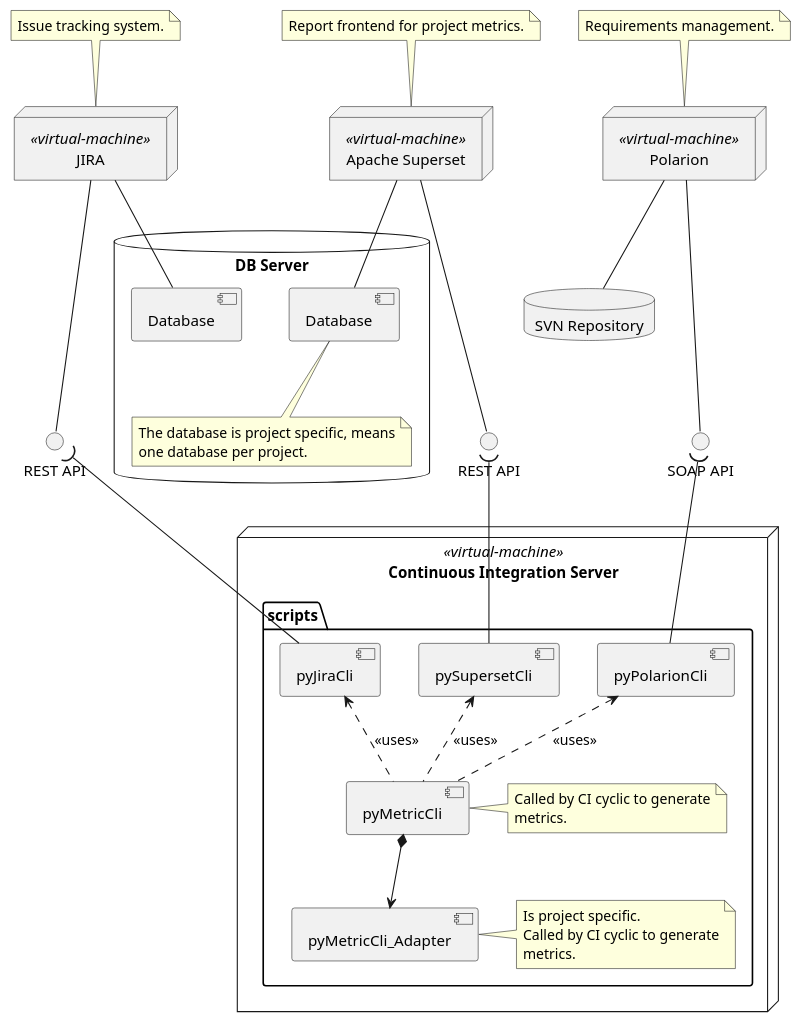
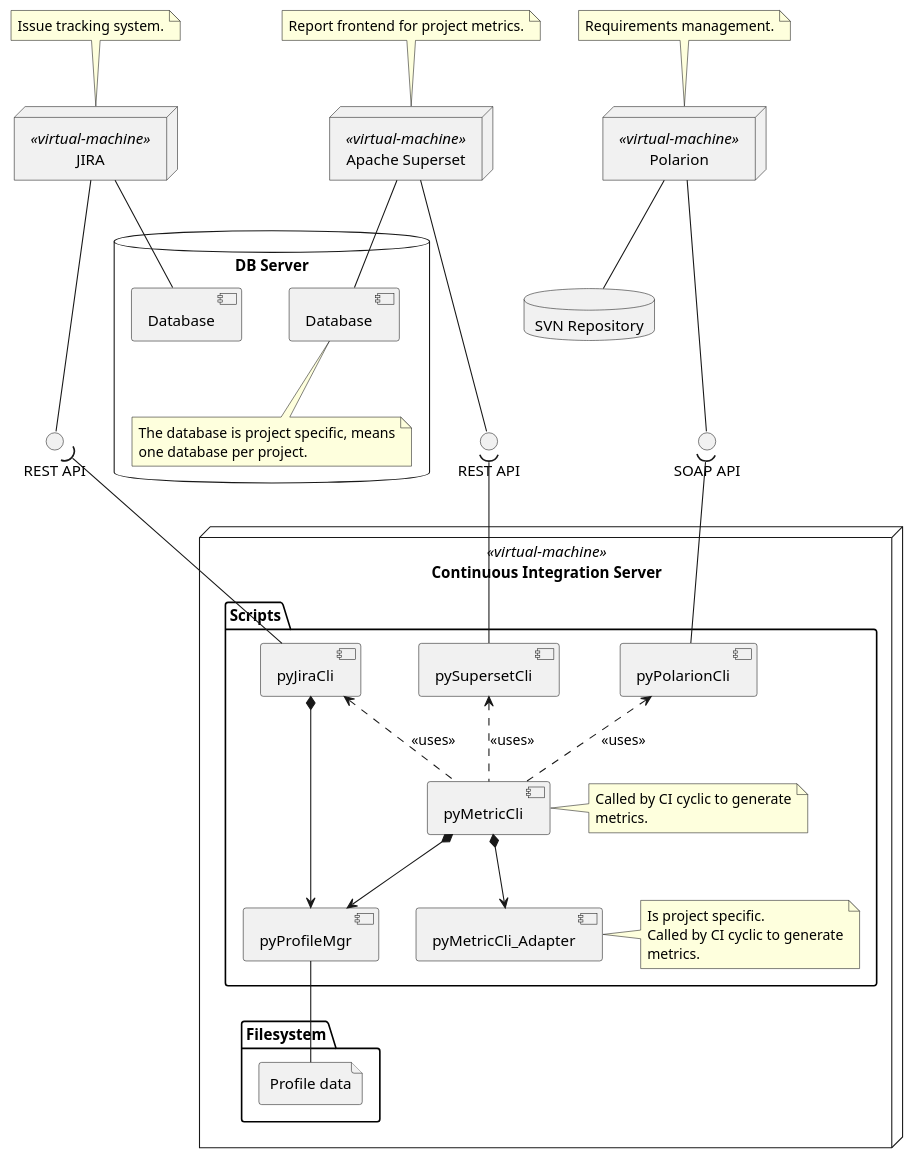
Before and after one commit to NewTec-GmbH/pyMetricCli: the diagram in doc/uml/deployment.puml, drawn with PlantUML.

Commit message:
Update diagram for pyProfileMgr

```diff
--- a/doc/uml/deployment.puml
+++ b/doc/uml/deployment.puml
@@ -1,78 +1,87 @@
 @startuml DeploymentDiagram
 
 node "Apache Superset"<<virtual-machine>> as superset
 
 database "DB Server" {
     component "Database" as supersetDb
 
     note bottom of supersetDb
         The database is project specific, means
         one database per project.
     end note
 
     component "Database" as jiraDb
 }
 
 node "Polarion"<<virtual-machine>> as polarion
 database "SVN Repository" as svnRepo
 
 node "JIRA"<<virtual-machine>> as jira
 
 interface "REST API" as supersetRestApi
 interface "REST API" as jiraRestApi
 interface "SOAP API" as polarionSoapApi
 
 superset --- supersetRestApi
 jira --- jiraRestApi
 jira -- jiraDb
 polarion --- polarionSoapApi
 polarion -- svnRepo
 
 superset -- supersetDb
 
 node "Continuous Integration Server"<<virtual-machine>> {
 
-    package "scripts" {
-        component "pyJiraCli" as pyJiraCli
-        component "pyPolarionCli" as pyPolarionCli
-        component "pySupersetCli" as pySupersetCli
-        component "pyMetricCli" as pyMetricCli
+    package "Scripts" {
+        component "pyJiraCli"
+        component "pyPolarionCli"
+        component "pySupersetCli"
+        component "pyMetricCli"
         component "pyMetricCli_Adapter" as adapter
+        component "pyProfileMgr"
 
         pyJiraCli <.. pyMetricCli: <<uses>>
+        pyJiraCli *--> pyProfileMgr
         pyPolarionCli <.. pyMetricCli: <<uses>>
         pySupersetCli <.. pyMetricCli: <<uses>>
         pyMetricCli *--> adapter
+        pyMetricCli *--> pyProfileMgr
 
         note right of pyMetricCli
             Called by CI cyclic to generate
             metrics.
         end note
 
         note right of adapter
             Is project specific.
             Called by CI cyclic to generate
             metrics.
         end note
     }
+
+    folder Filesystem {
+        file "Profile data" as profile_data_files
+    }
+
+    pyProfileMgr -- profile_data_files
 }
 
 jiraRestApi )-- pyJiraCli
 polarionSoapApi )-- pyPolarionCli
 
 supersetRestApi )-- pySupersetCli
 
 note top of superset
     Report frontend for project metrics.
 end note
 
 note top of jira
     Issue tracking system.
 end note
 
 note top of polarion
     Requirements management.
 end note
 
 
 @enduml
```
